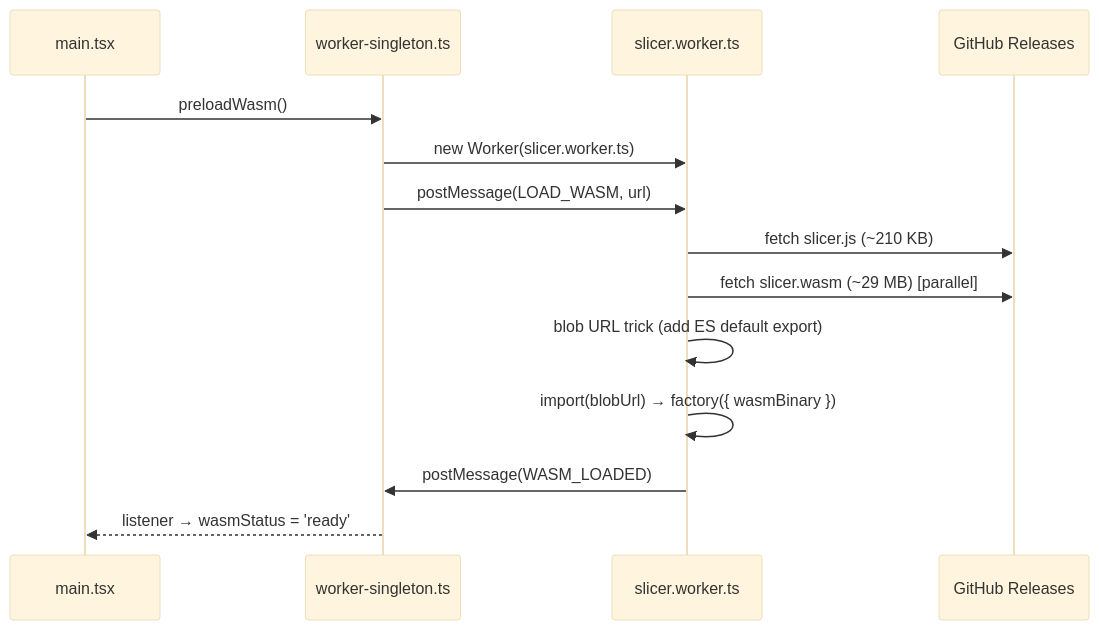
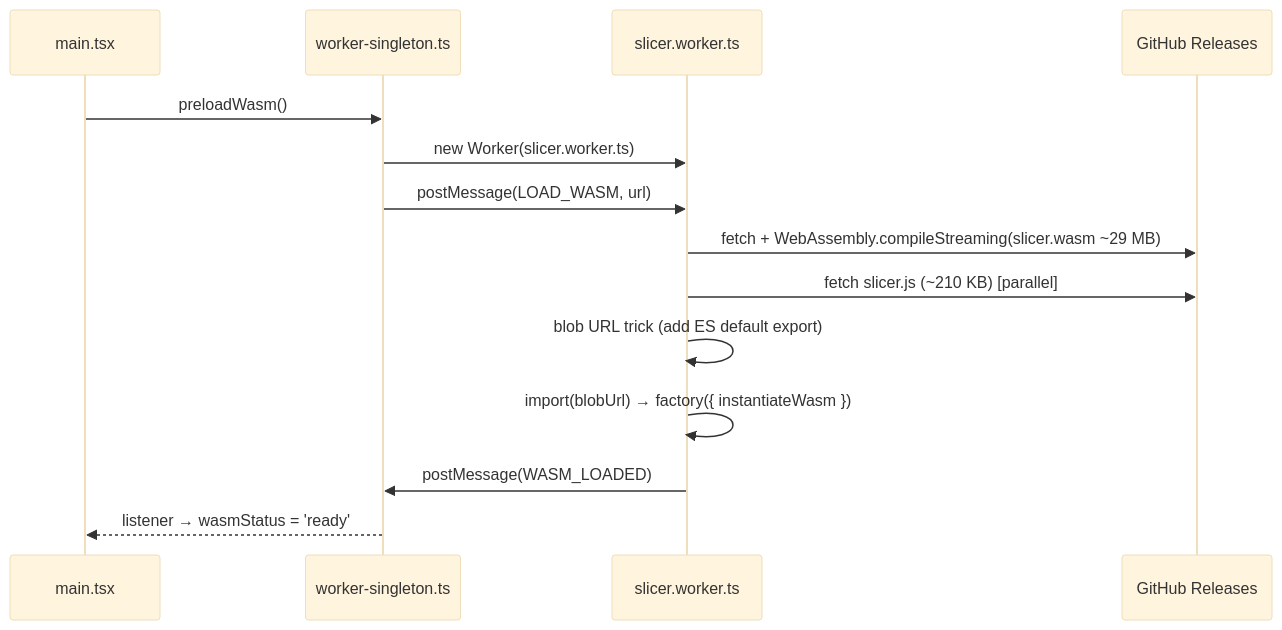
Before and after one commit to Hiosdra/OrcaWeb: the diagram in mkdocs-docs/architecture.md, drawn with Mermaid (base theme). The commit also changed other lines of this file and 17 other files, not shown here.

````diff
--- a/mkdocs-docs/architecture.md
+++ b/mkdocs-docs/architecture.md
@@ -55,17 +57,17 @@
 ```mermaid
 sequenceDiagram
     participant M as main.tsx
     participant S as worker-singleton.ts
     participant W as slicer.worker.ts
     participant R as GitHub Releases
 
     M->>S: preloadWasm()
     S->>W: new Worker(slicer.worker.ts)
     S->>W: postMessage(LOAD_WASM, url)
-    W->>R: fetch slicer.js  (~210 KB)
-    W->>R: fetch slicer.wasm (~29 MB) [parallel]
+    W->>R: fetch + WebAssembly.compileStreaming(slicer.wasm ~29 MB)
+    W->>R: fetch slicer.js (~210 KB) [parallel]
     W->>W: blob URL trick (add ES default export)
-    W->>W: import(blobUrl) → factory({ wasmBinary })
+    W->>W: import(blobUrl) → factory({ instantiateWasm })
     W->>S: postMessage(WASM_LOADED)
     S-->>M: listener → wasmStatus = 'ready'
 ```
````
